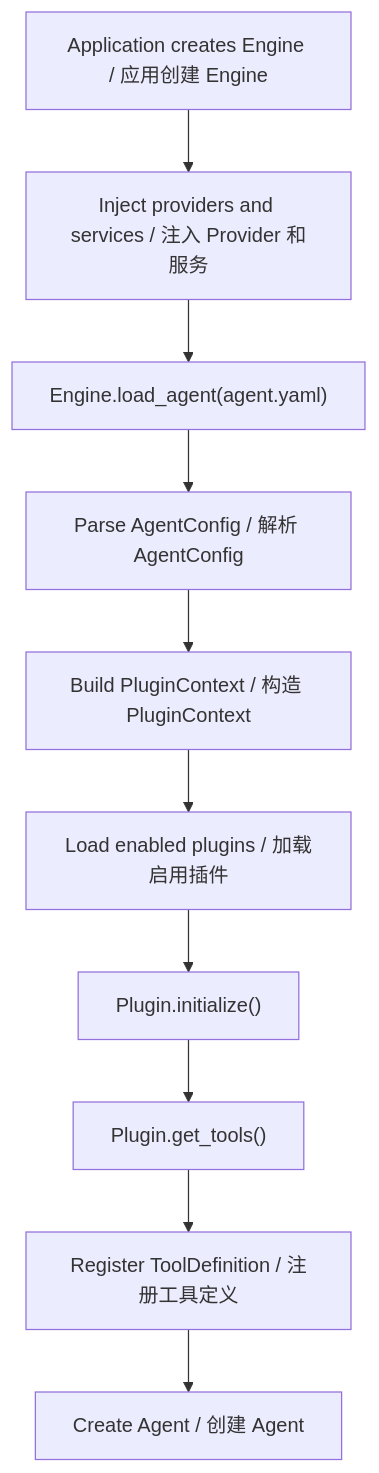
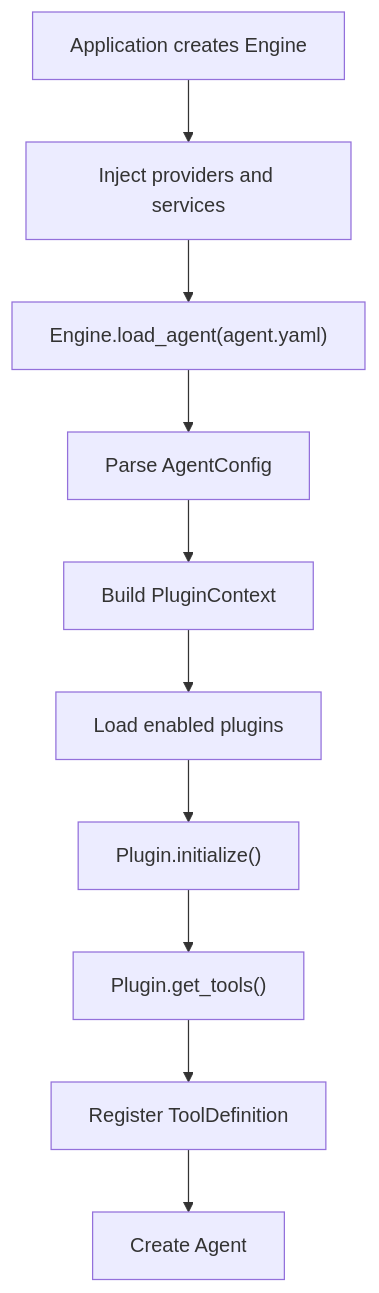
Before and after one commit to axclogo/AxcAgentEngine: the first of 2 diagrams in README.md, drawn with Mermaid. The commit also changed other lines of this file and 1 other file, not shown here.

````diff
--- a/README.md
+++ b/README.md
@@ -304,12 +306,12 @@
 ```mermaid
 flowchart TD
-    A["Application creates Engine / 应用创建 Engine"] --> B["Inject providers and services / 注入 Provider 和服务"]
+    A["Application creates Engine"] --> B["Inject providers and services"]
     B --> C["Engine.load_agent(agent.yaml)"]
-    C --> D["Parse AgentConfig / 解析 AgentConfig"]
-    D --> E["Build PluginContext / 构造 PluginContext"]
-    E --> F["Load enabled plugins / 加载启用插件"]
+    C --> D["Parse AgentConfig"]
+    D --> E["Build PluginContext"]
+    E --> F["Load enabled plugins"]
     F --> G["Plugin.initialize()"]
     G --> H["Plugin.get_tools()"]
-    H --> I["Register ToolDefinition / 注册工具定义"]
-    I --> J["Create Agent / 创建 Agent"]
+    H --> I["Register ToolDefinition"]
+    I --> J["Create Agent"]
 ```
````
